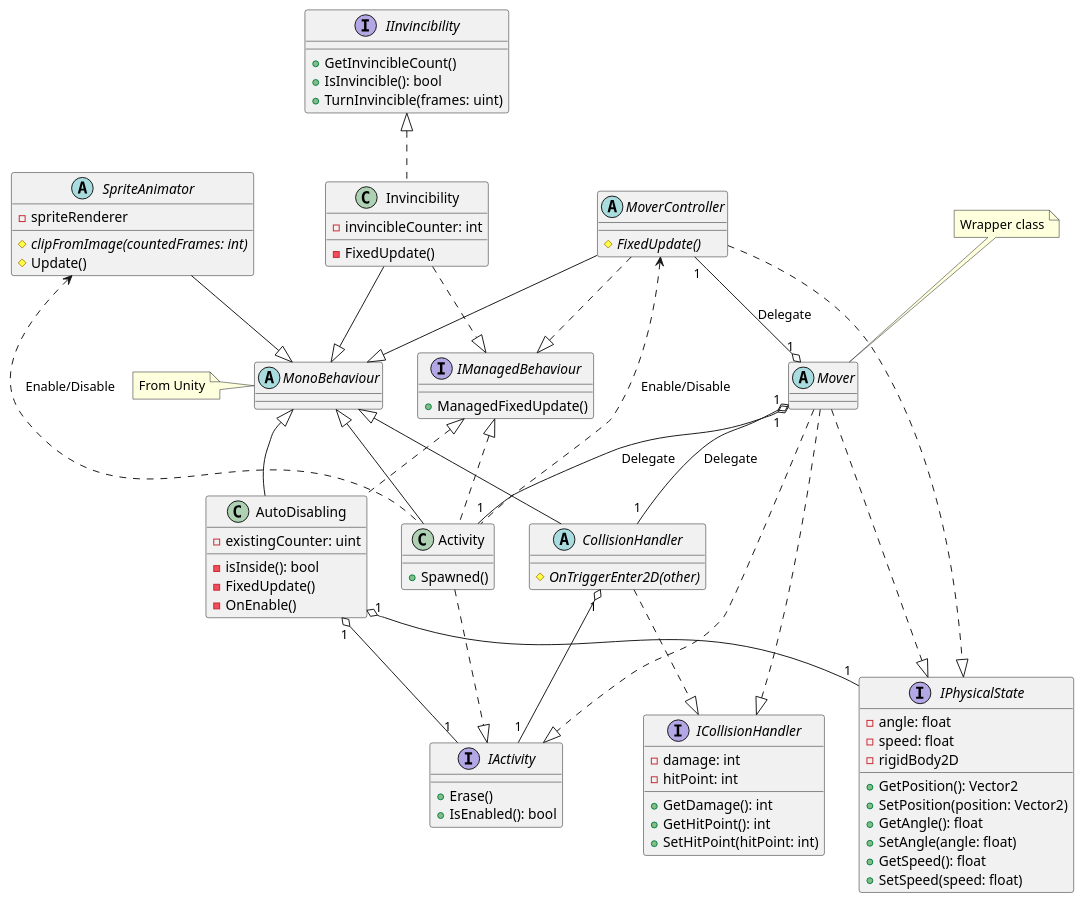
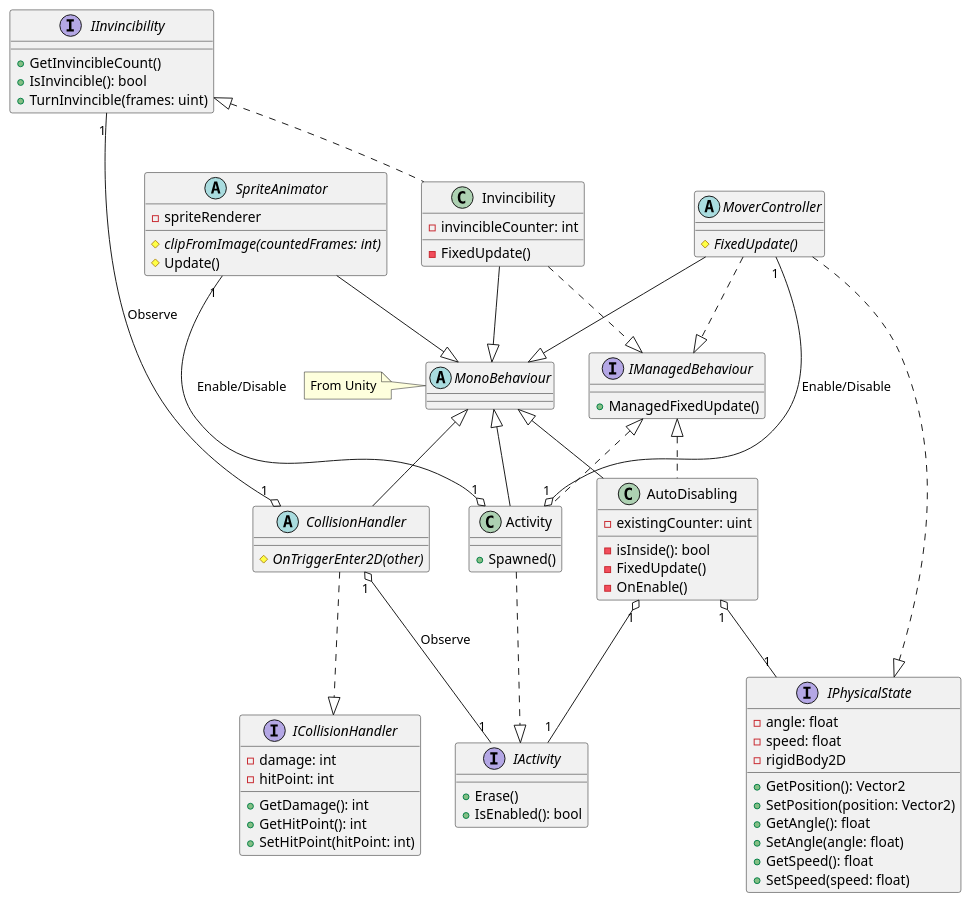
One commit to Wandao123/shmup_like_touhou changed the diagram in docs/classes_for_attachment.pu. Above: the diagram before and after it, drawn with PlantUML. The commit also changed 4 other files, not shown here.

```diff
--- a/docs/classes_for_attachment.pu
+++ b/docs/classes_for_attachment.pu
@@ -1,109 +1,98 @@
 @startuml ClassesForAttachment
 abstract MonoBehaviour
 note left of MonoBehaviour
     From Unity
 end note
 
 interface IActivity {
     +Erase()
     +IsEnabled(): bool
 }
 
 class Activity {
     +Spawned()
 }
 
 MonoBehaviour <|-- Activity
 Activity ..|> IActivity
 
 interface IPhysicalState {
     -angle: float
     -speed: float
     -rigidBody2D
     +GetPosition(): Vector2
     +SetPosition(position: Vector2)
     +GetAngle(): float
     +SetAngle(angle: float)
     +GetSpeed(): float
     +SetSpeed(speed: float)
 }
 
 class AutoDisabling {
     -existingCounter: uint
     -isInside(): bool
     -FixedUpdate()
     -OnEnable()
 }
 
 MonoBehaviour <|-- AutoDisabling
 AutoDisabling "1" o-- "1" IActivity
 AutoDisabling "1" o-- "1" IPhysicalState
 
 interface IInvincibility {
     +GetInvincibleCount()
     +IsInvincible(): bool
     +TurnInvincible(frames: uint)
 }
 
 class Invincibility {
     -invincibleCounter: int
     -FixedUpdate()
 }
 
 IInvincibility <|.. Invincibility
 Invincibility --|> MonoBehaviour
 
 interface ICollisionHandler {
     -damage: int
     -hitPoint: int
     +GetDamage(): int
     +GetHitPoint(): int
     +SetHitPoint(hitPoint: int)
 }
 
 abstract CollisionHandler {
     #{abstract} OnTriggerEnter2D(other)
 }
 
 MonoBehaviour <|-- CollisionHandler
 CollisionHandler ..|> ICollisionHandler
-CollisionHandler "1" o-- "1" IActivity
+CollisionHandler "1" o-- "1" IActivity : Observe
+IInvincibility "1" --o "1" CollisionHandler : Observe
 
 abstract MoverController {
     #{abstract} FixedUpdate()
 }
 
 MoverController --|> MonoBehaviour
 MoverController ..|> IPhysicalState
-MoverController <.. Activity : Enable/Disable
+MoverController "1" --o "1" Activity : Enable/Disable
 
 abstract SpriteAnimator {
     -spriteRenderer
     #{abstract} clipFromImage(countedFrames: int)
     #Update()
 }
 
 SpriteAnimator --|> MonoBehaviour
-SpriteAnimator <.. Activity : Enable/Disable
+SpriteAnimator "1" --o "1" Activity : Enable/Disable
 
 interface IManagedBehaviour {
     +ManagedFixedUpdate()
 }
 
 IManagedBehaviour <|.. Activity
 IManagedBehaviour <|.. AutoDisabling
 MoverController ..|> IManagedBehaviour
 Invincibility ..|> IManagedBehaviour
-
-abstract Mover
-note top of Mover
-    Wrapper class
-end note
-
-MoverController "1" --o "1" Mover : Delegate
-Mover "1" o-- "1" Activity : Delegate
-Mover "1" o-- "1" CollisionHandler : Delegate
-Mover ..|> IActivity
-Mover ..|> ICollisionHandler
-Mover ..|> IPhysicalState
 @enduml
```
